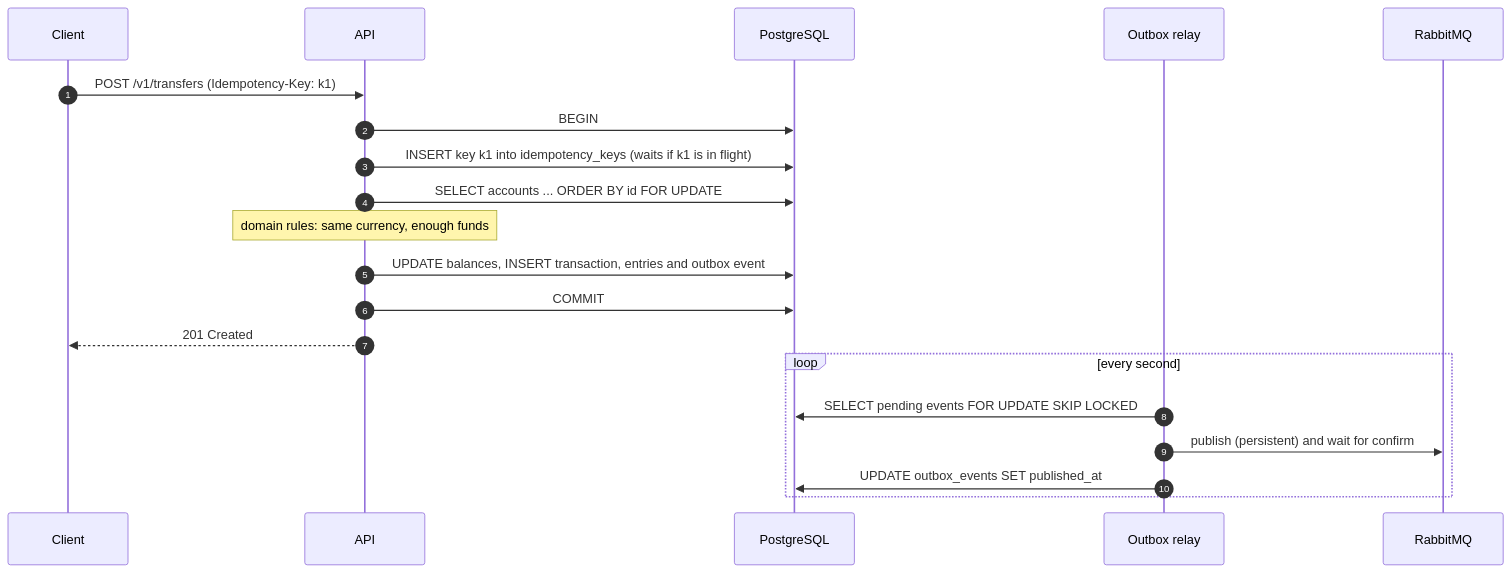
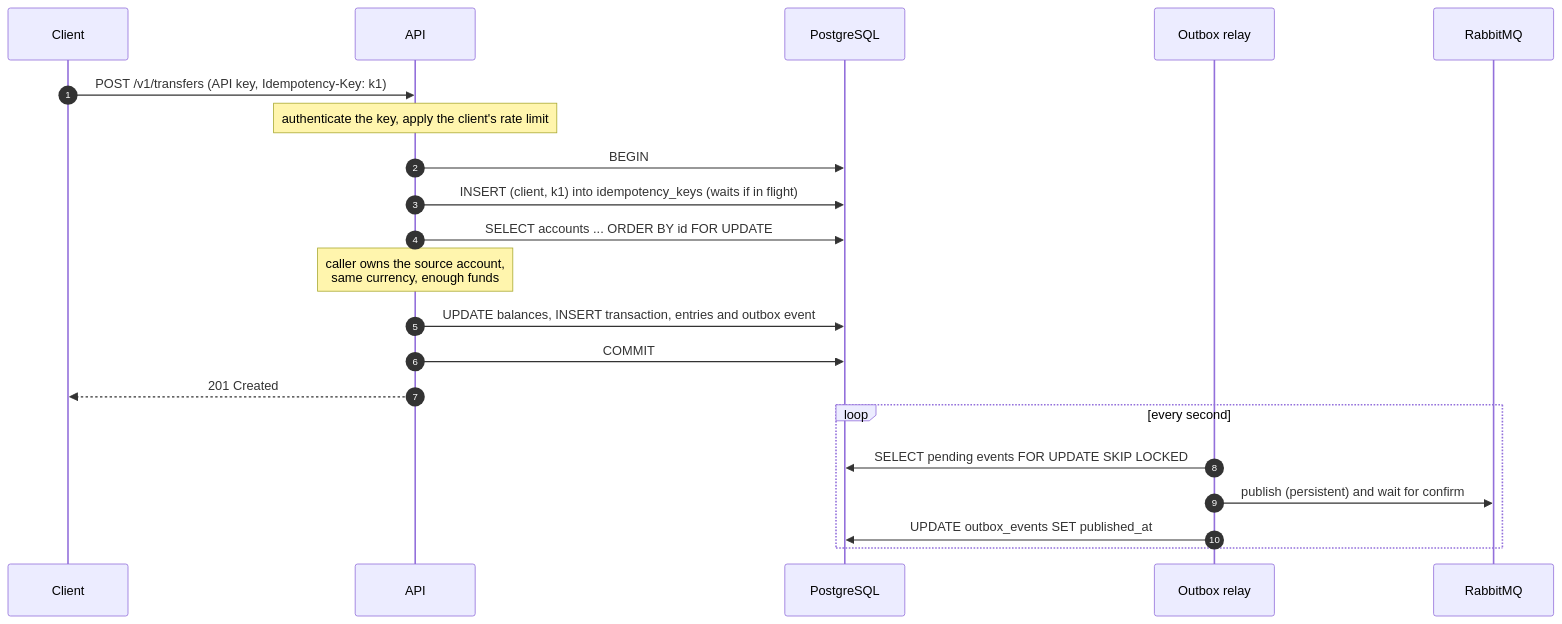
One commit to yohadrian21/go-ledger-service changed the second of 2 diagrams in README.md. Above: the diagram before and after it, drawn with Mermaid. The commit also changed other lines of this file and 1 other file, not shown here.

First line of the commit message:
docs: document API key authentication, roles and deployment hardening

````diff
--- a/README.md
+++ b/README.md
@@ -51,23 +52,24 @@
 ```mermaid
 sequenceDiagram
     autonumber
     participant C as Client
     participant A as API
     participant DB as PostgreSQL
     participant R as Outbox relay
     participant MQ as RabbitMQ
 
-    C->>A: POST /v1/transfers (Idempotency-Key: k1)
+    C->>A: POST /v1/transfers (API key, Idempotency-Key: k1)
+    Note over A: authenticate the key, apply the client's rate limit
     A->>DB: BEGIN
-    A->>DB: INSERT key k1 into idempotency_keys (waits if k1 is in flight)
+    A->>DB: INSERT (client, k1) into idempotency_keys (waits if in flight)
     A->>DB: SELECT accounts ... ORDER BY id FOR UPDATE
-    Note over A: domain rules: same currency, enough funds
+    Note over A: caller owns the source account,<br/>same currency, enough funds
     A->>DB: UPDATE balances, INSERT transaction, entries and outbox event
     A->>DB: COMMIT
     A-->>C: 201 Created
     loop every second
         R->>DB: SELECT pending events FOR UPDATE SKIP LOCKED
         R->>MQ: publish (persistent) and wait for confirm
         R->>DB: UPDATE outbox_events SET published_at
     end
 ```
````
